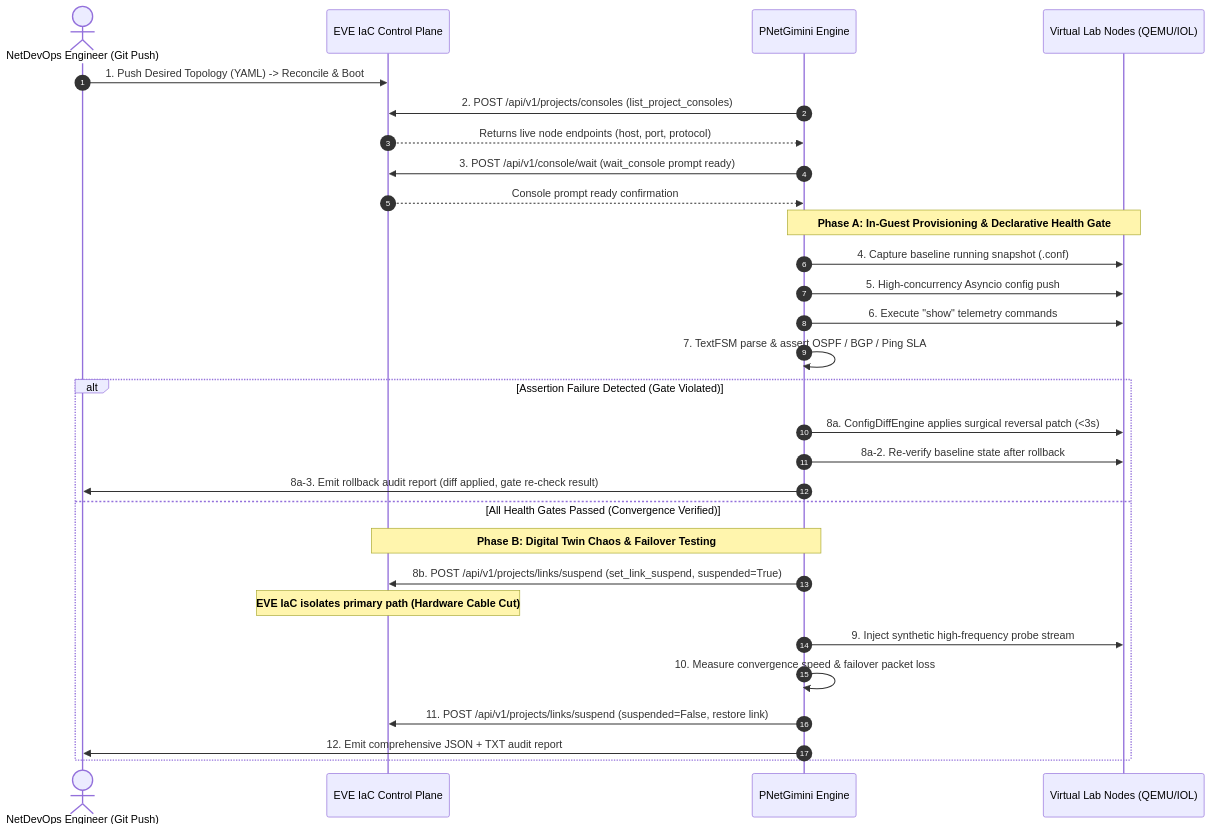
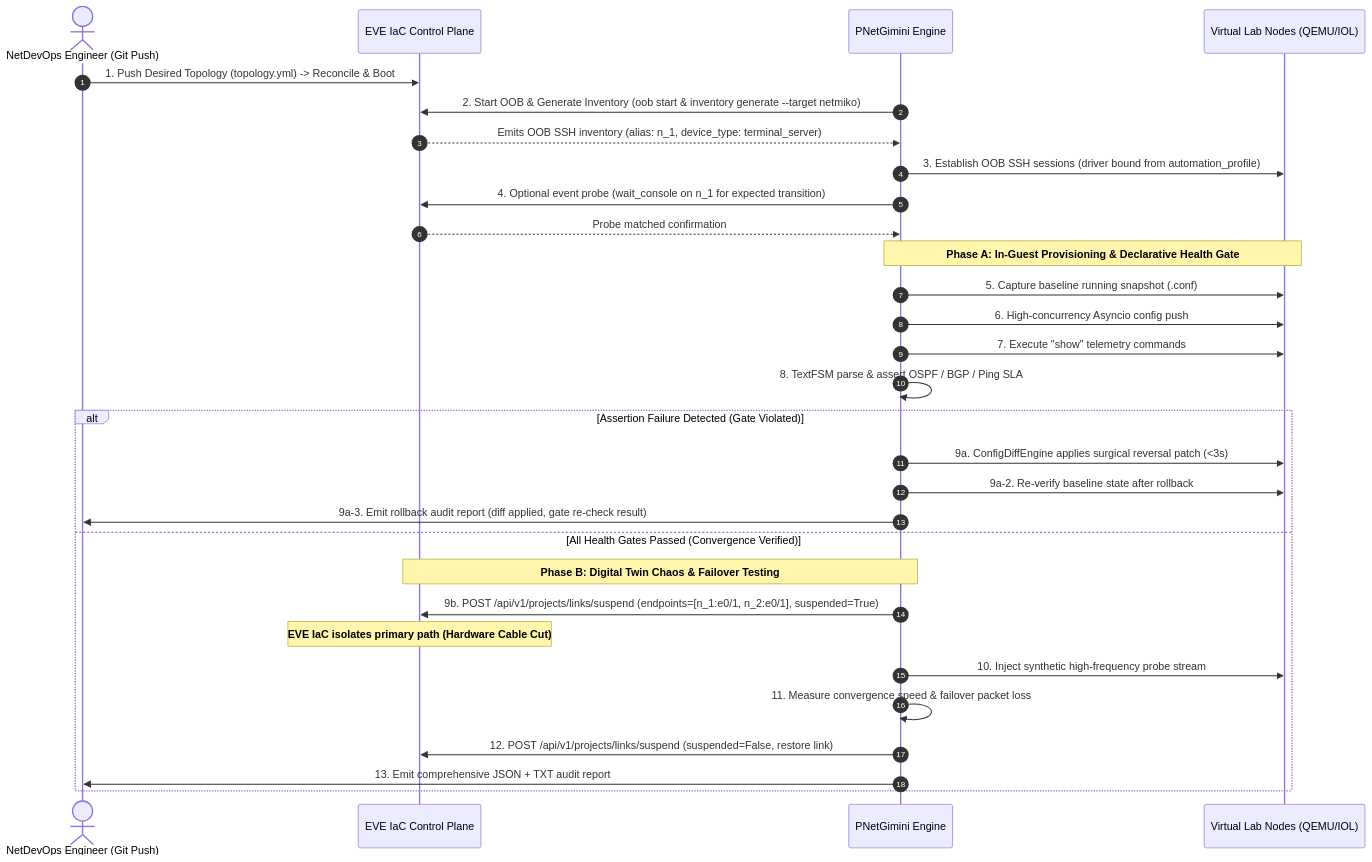
The second of 4 diagrams in docs/EVE_IAC_INTEGRATION_SPEC.md (shaolinzhou/PNetGimini), drawn with Mermaid before and after one commit. The commit also changed other lines of this file, not shown here.

Commit message:
docs: align Section 3, 5, 6 with Alain Degreffe review - OOB inventory, stable IaC identity, integer metrics, directional reconcile

````diff
--- a/docs/EVE_IAC_INTEGRATION_SPEC.md
+++ b/docs/EVE_IAC_INTEGRATION_SPEC.md
@@ -260,45 +292,46 @@
 ```mermaid
 %%{init: {
   'themeVariables': {
     'fontSize': '17px',
     'actorFontSize': '18px',
     'actorFontWeight': 'bold',
     'messageFontSize': '16px',
     'messageFontWeight': 'bold',
     'noteFontSize': '16px',
     'noteFontWeight': 'bold'
   }
 }}%%
 sequenceDiagram
     autonumber
     actor Admin as NetDevOps Engineer (Git Push)
     participant EVEIaC as EVE IaC Control Plane
     participant Engine as PNetGimini Engine
     participant Nodes as Virtual Lab Nodes (QEMU/IOL)
 
-    Admin->>EVEIaC: 1. Push Desired Topology (YAML) -> Reconcile & Boot
-    Engine->>EVEIaC: 2. POST /api/v1/projects/consoles (list_project_consoles)
-    EVEIaC-->>Engine: Returns live node endpoints (host, port, protocol)
-    Engine->>EVEIaC: 3. POST /api/v1/console/wait (wait_console prompt ready)
-    EVEIaC-->>Engine: Console prompt ready confirmation
+    Admin->>EVEIaC: 1. Push Desired Topology (topology.yml) -> Reconcile & Boot
+    Engine->>EVEIaC: 2. Start OOB & Generate Inventory (oob start & inventory generate --target netmiko)
+    EVEIaC-->>Engine: Emits OOB SSH inventory (alias: n_1, device_type: terminal_server)
+    Engine->>Nodes: 3. Establish OOB SSH sessions (driver bound from automation_profile)
+    Engine->>EVEIaC: 4. Optional event probe (wait_console on n_1 for expected transition)
+    EVEIaC-->>Engine: Probe matched confirmation
     
     Note over Engine, Nodes: Phase A: In-Guest Provisioning & Declarative Health Gate
-    Engine->>Nodes: 4. Capture baseline running snapshot (.conf)
-    Engine->>Nodes: 5. High-concurrency Asyncio config push
-    Engine->>Nodes: 6. Execute "show" telemetry commands
-    Engine->>Engine: 7. TextFSM parse & assert OSPF / BGP / Ping SLA
+    Engine->>Nodes: 5. Capture baseline running snapshot (.conf)
+    Engine->>Nodes: 6. High-concurrency Asyncio config push
+    Engine->>Nodes: 7. Execute "show" telemetry commands
+    Engine->>Engine: 8. TextFSM parse & assert OSPF / BGP / Ping SLA
     
     alt Assertion Failure Detected (Gate Violated)
-        Engine->>Nodes: 8a. ConfigDiffEngine applies surgical reversal patch (<3s)
-        Engine->>Nodes: 8a-2. Re-verify baseline state after rollback
-        Engine->>Admin: 8a-3. Emit rollback audit report (diff applied, gate re-check result)
+        Engine->>Nodes: 9a. ConfigDiffEngine applies surgical reversal patch (<3s)
+        Engine->>Nodes: 9a-2. Re-verify baseline state after rollback
+        Engine->>Admin: 9a-3. Emit rollback audit report (diff applied, gate re-check result)
     else All Health Gates Passed (Convergence Verified)
         Note over Engine, EVEIaC: Phase B: Digital Twin Chaos & Failover Testing
-        Engine->>EVEIaC: 8b. POST /api/v1/projects/links/suspend (set_link_suspend, suspended=True)
+        Engine->>EVEIaC: 9b. POST /api/v1/projects/links/suspend (endpoints=[n_1:e0/1, n_2:e0/1], suspended=True)
         Note over EVEIaC: EVE IaC isolates primary path (Hardware Cable Cut)
-        Engine->>Nodes: 9. Inject synthetic high-frequency probe stream
-        Engine->>Engine: 10. Measure convergence speed & failover packet loss
-        Engine->>EVEIaC: 11. POST /api/v1/projects/links/suspend (suspended=False, restore link)
-        Engine->>Admin: 12. Emit comprehensive JSON + TXT audit report
+        Engine->>Nodes: 10. Inject synthetic high-frequency probe stream
+        Engine->>Engine: 11. Measure convergence speed & failover packet loss
+        Engine->>EVEIaC: 12. POST /api/v1/projects/links/suspend (suspended=False, restore link)
+        Engine->>Admin: 13. Emit comprehensive JSON + TXT audit report
     end
 ```
````
